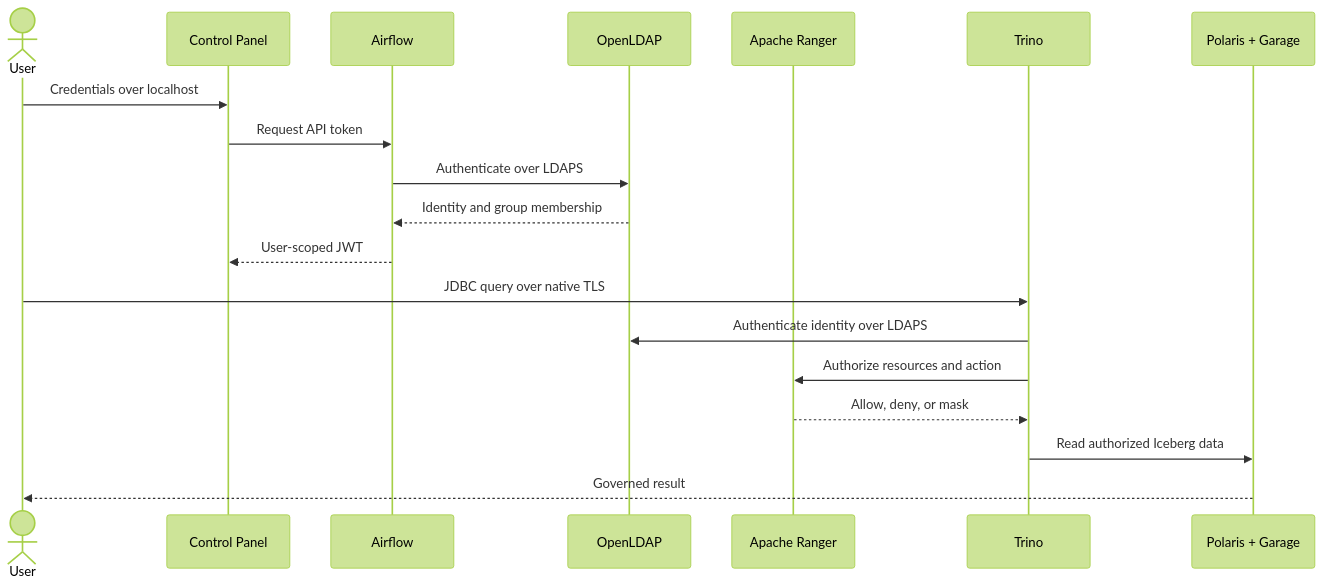
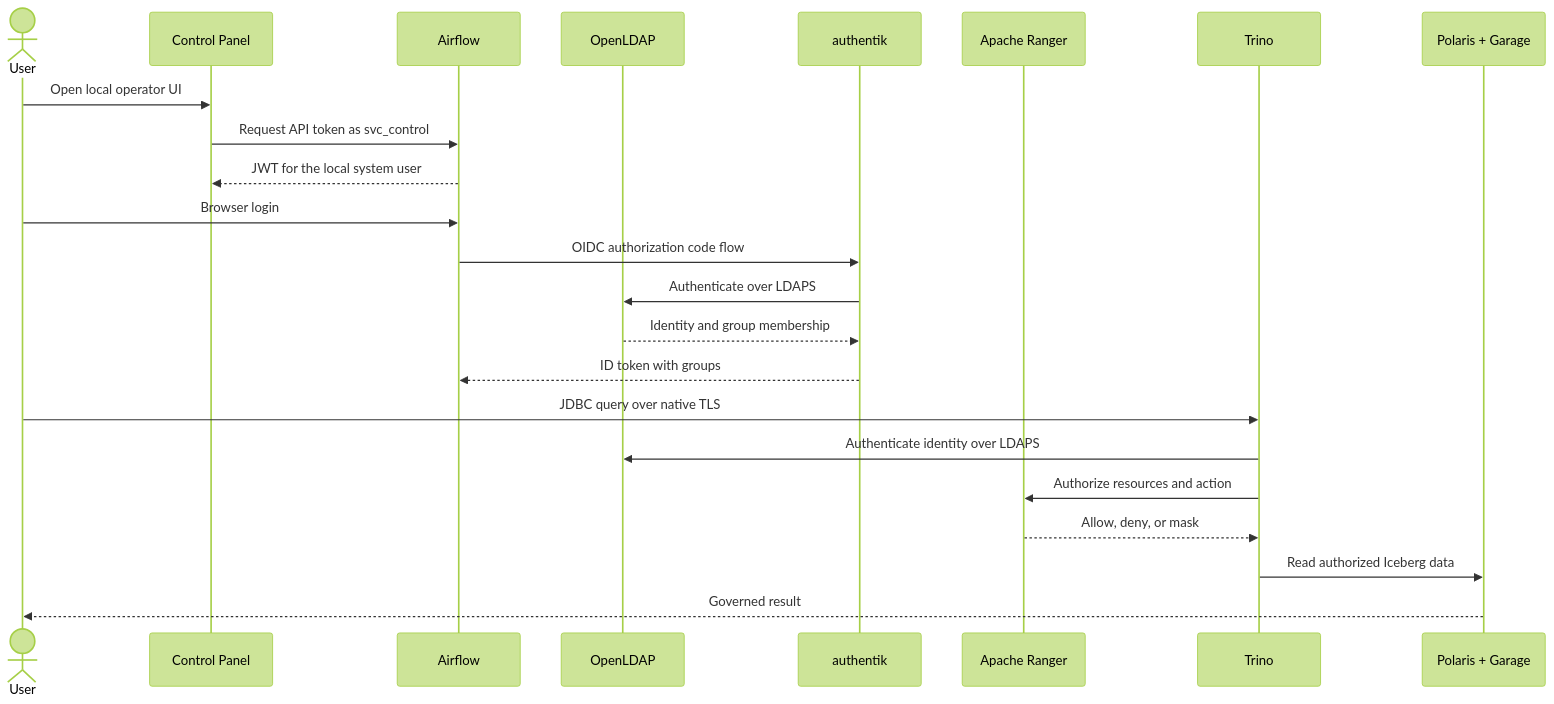
One commit to AlexHilberer/On-Prem-Data-Lakehouse changed the diagram in docs/security.md. Above: the diagram before and after it, drawn with Mermaid (forest theme). The commit also changed other lines of this file and 41 other files, not shown here.

First line of the commit message:
Move the stack to authentik OIDC with machine identities

````diff
--- a/docs/security.md
+++ b/docs/security.md
@@ -5,22 +5,26 @@
 ```mermaid
 sequenceDiagram
   actor User
   participant Panel as Control Panel
   participant Airflow
   participant LDAP as OpenLDAP
+  participant IdP as authentik
   participant Ranger as Apache Ranger
   participant Trino
   participant Data as Polaris + Garage
 
-  User->>Panel: Credentials over localhost
-  Panel->>Airflow: Request API token
-  Airflow->>LDAP: Authenticate over LDAPS
-  LDAP-->>Airflow: Identity and group membership
-  Airflow-->>Panel: User-scoped JWT
+  User->>Panel: Open local operator UI
+  Panel->>Airflow: Request API token as svc_control
+  Airflow-->>Panel: JWT for the local system user
+  User->>Airflow: Browser login
+  Airflow->>IdP: OIDC authorization code flow
+  IdP->>LDAP: Authenticate over LDAPS
+  LDAP-->>IdP: Identity and group membership
+  IdP-->>Airflow: ID token with groups
   User->>Trino: JDBC query over native TLS
   Trino->>LDAP: Authenticate identity over LDAPS
   Trino->>Ranger: Authorize resources and action
   Ranger-->>Trino: Allow, deny, or mask
   Trino->>Data: Read authorized Iceberg data
   Data-->>User: Governed result
 ```
````
